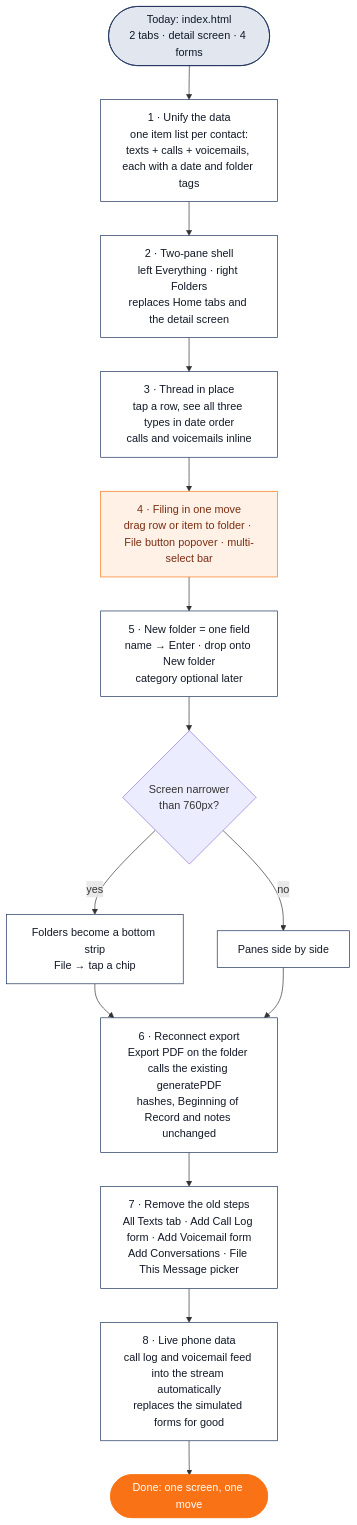
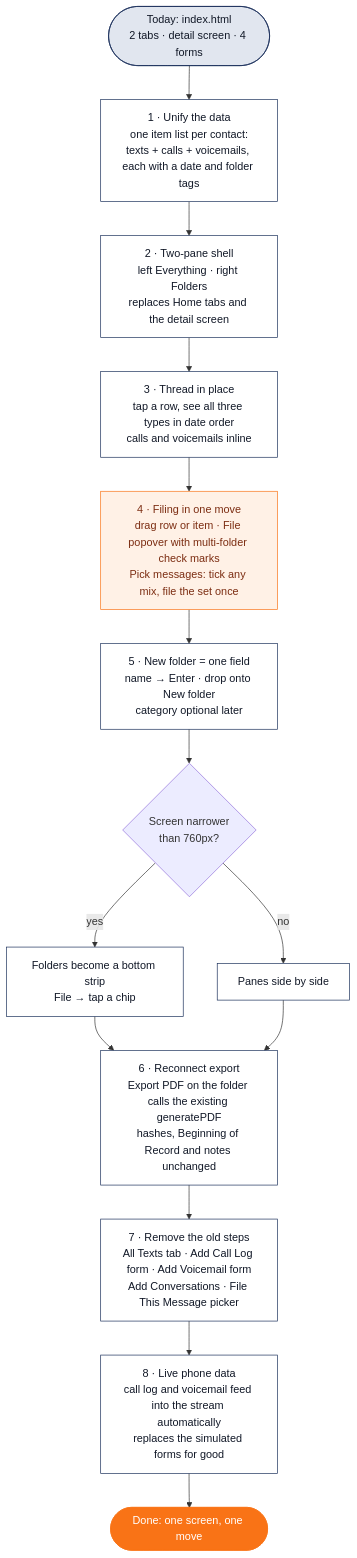
Before and after one commit to CoachCotner/Recalltext: the diagram in v2/PLAN.md, drawn with Mermaid. The commit also changed other lines of this file and 1 other file, not shown here.

First line of the commit message:
v2 mockup: pick messages inside a conversation, file to several folders

````diff
--- a/v2/PLAN.md
+++ b/v2/PLAN.md
@@ -40,25 +42,25 @@
 ```mermaid
 flowchart TD
   A([Today: index.html<br/>2 tabs · detail screen · 4 forms]) --> B
   B[1 · Unify the data<br/>one item list per contact:<br/>texts + calls + voicemails, each with a date and folder tags]
   B --> C[2 · Two-pane shell<br/>left Everything · right Folders<br/>replaces Home tabs and the detail screen]
   C --> D[3 · Thread in place<br/>tap a row, see all three types in date order<br/>calls and voicemails inline]
-  D --> E[4 · Filing in one move<br/>drag row or item to folder · File button popover · multi-select bar]
+  D --> E[4 · Filing in one move<br/>drag row or item · File popover with multi-folder check marks<br/>Pick messages: tick any mix, file the set once]
   E --> F[5 · New folder = one field<br/>name → Enter · drop onto New folder<br/>category optional later]
   F --> G{Screen narrower<br/>than 760px?}
   G -- yes --> H[Folders become a bottom strip<br/>File → tap a chip]
   G -- no --> I[Panes side by side]
   H --> J
   I --> J[6 · Reconnect export<br/>Export PDF on the folder calls the existing generatePDF<br/>hashes, Beginning of Record and notes unchanged]
   J --> K[7 · Remove the old steps<br/>All Texts tab · Add Call Log form · Add Voicemail form<br/>Add Conversations · File This Message picker]
   K --> L[8 · Live phone data<br/>call log and voicemail feed into the stream automatically<br/>replaces the simulated forms for good]
   L --> M([Done: one screen, one move])
   classDef now fill:#E1E6EF,stroke:#1A2F5A,color:#111827
   classDef step fill:#FFFFFF,stroke:#1A2F5A,color:#111827
   classDef key fill:#FFF1E6,stroke:#F97316,color:#7C2D12
   classDef done fill:#F97316,stroke:#F97316,color:#FFFFFF
   class A now
   class B,C,D,F,H,I,J,K,L step
   class E key
   class M done
 ```
````
